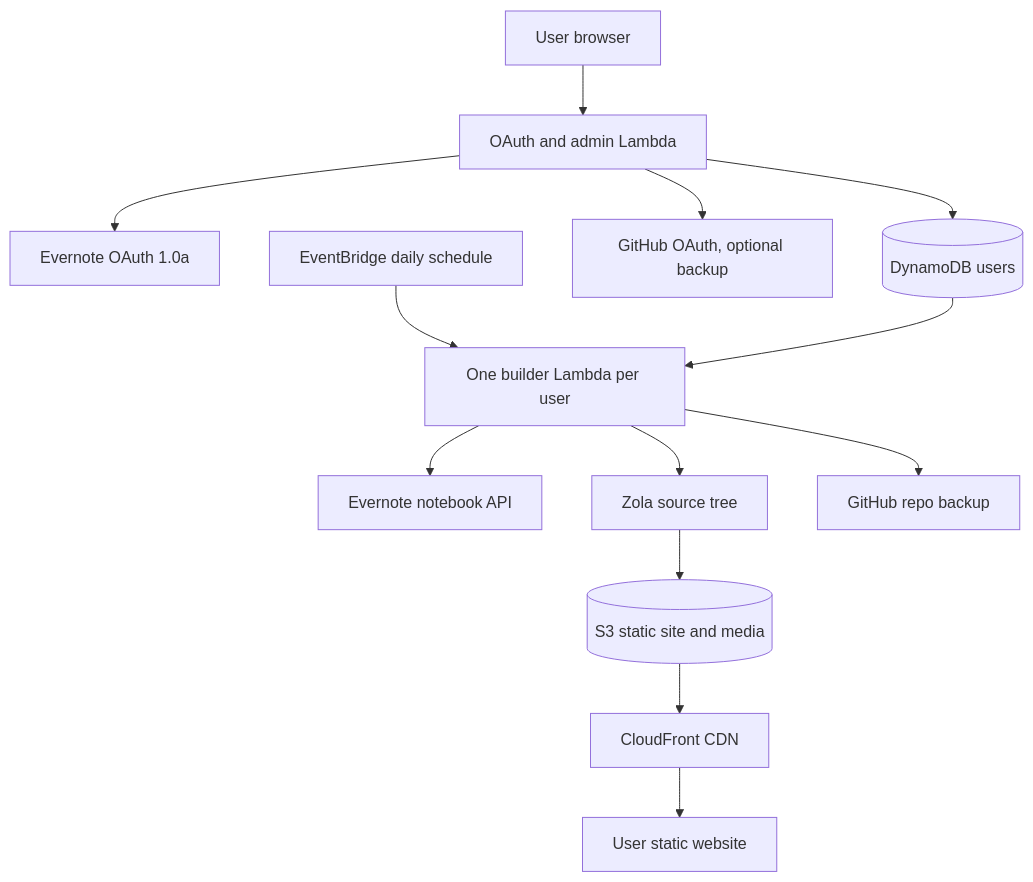
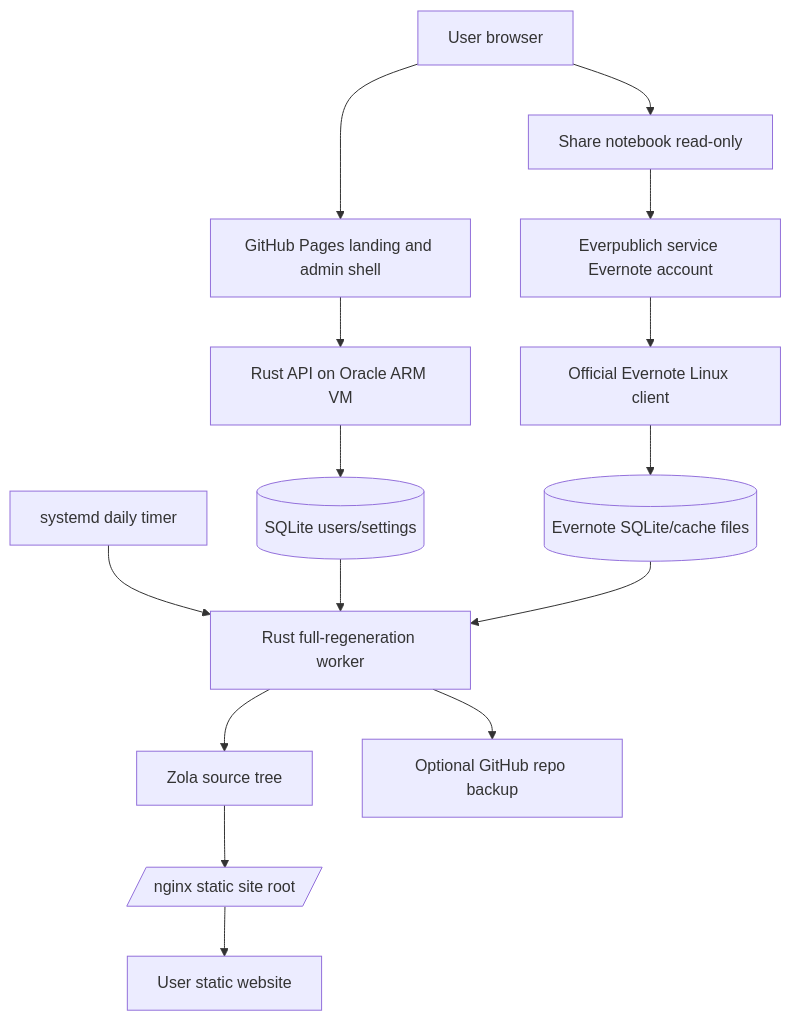
Before and after one commit to vitaly-zdanevich/everpublich: the diagram in README.md, drawn with Mermaid. The commit also changed other lines of this file and 23 other files, not shown here.

First line of the commit message:
Pivot MVP to Oracle ARM VM

````diff
--- a/README.md
+++ b/README.md
@@ -31,15 +31,17 @@
 ```mermaid
 flowchart TD
-	User[User browser] --> Landing[OAuth and admin Lambda]
-	Landing --> EvernoteOAuth[Evernote OAuth 1.0a]
-	Landing --> Users[(DynamoDB users)]
-	Landing --> GitHubOAuth[GitHub OAuth, optional backup]
-	EventBridge[EventBridge daily schedule] --> Worker[One builder Lambda per user]
-	Users --> Worker
-	Worker --> EvernoteAPI[Evernote notebook API]
-	Worker --> Zola[Zola source tree]
-	Zola --> S3[(S3 static site and media)]
-	S3 --> CloudFront[CloudFront CDN]
-	CloudFront --> Site[User static website]
-	Worker --> GitRepo[GitHub repo backup]
+	User[User browser] --> Landing[GitHub Pages landing and admin shell]
+	Landing --> VmApi[Rust API on Oracle ARM VM]
+	User --> Share[Share notebook read-only]
+	Share --> ServiceAccount[Everpublich service Evernote account]
+	ServiceAccount --> EvernoteClient[Official Evernote Linux client]
+	EvernoteClient --> EvernoteCache[(Evernote SQLite/cache files)]
+	VmApi --> Users[(SQLite users/settings)]
+	Timer[systemd daily timer] --> Builder[Rust full-regeneration worker]
+	Users --> Builder
+	EvernoteCache --> Builder
+	Builder --> Zola[Zola source tree]
+	Zola --> NginxRoot[/nginx static site root/]
+	NginxRoot --> Site[User static website]
+	Builder --> GitRepo[Optional GitHub repo backup]
 ```
````
